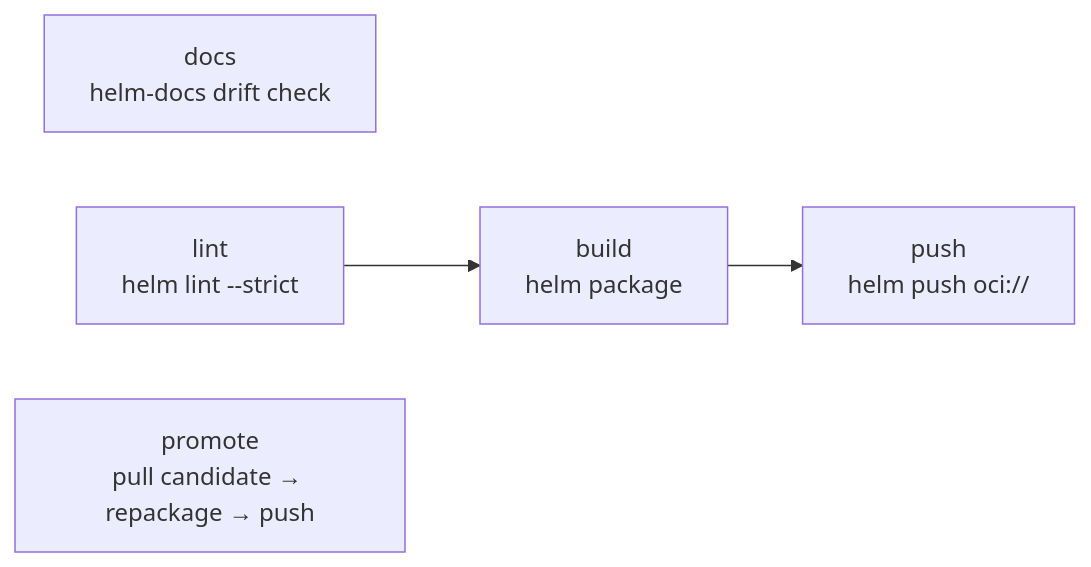
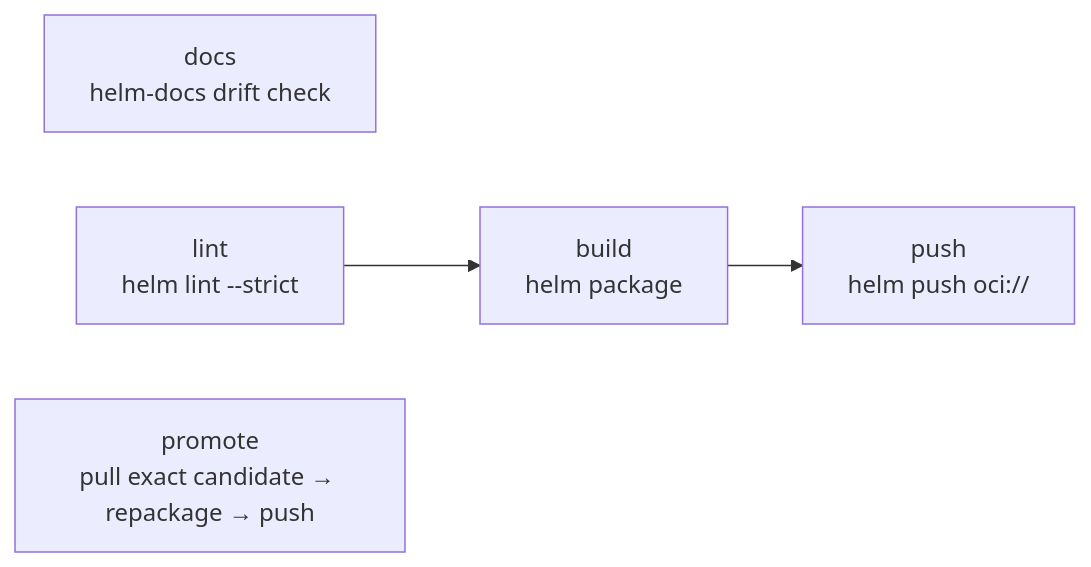
The diagram in docs/modules/chart.md (grootan-devops/github-ci-library), drawn with Mermaid before and after one commit. The commit also changed other lines of this file and 40 other files, not shown here.

````diff
--- a/docs/modules/chart.md
+++ b/docs/modules/chart.md
@@ -7,7 +7,7 @@
 ```mermaid
 flowchart LR
     D["docs<br/>helm-docs drift check"]
     L["lint<br/>helm lint --strict"] --> B["build<br/>helm package"]
     B --> P["push<br/>helm push oci://"]
-    PR["promote<br/>pull candidate → repackage → push"]
+    PR["promote<br/>pull exact candidate → repackage → push"]
 ```
````
